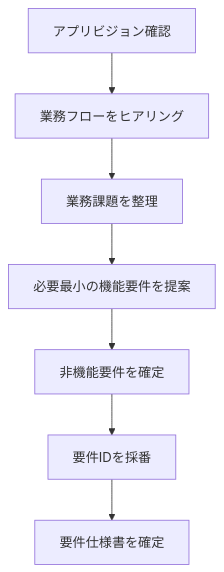
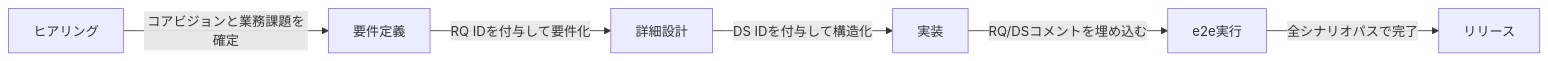
Before and after one commit to notfolder/qiita_article: the first of 4 diagrams in article_isdd_dialog_spec_dev.md, drawn with Mermaid. The commit also changed other lines of this file and 3 other files, not shown here.

````diff
--- a/article_isdd_dialog_spec_dev.md
+++ b/article_isdd_dialog_spec_dev.md
@@ -57,9 +58,8 @@
 ```mermaid
-flowchart TD
-    A[アプリビジョン確認] --> B[業務フローをヒアリング]
-    B --> C[業務課題を整理]
-    C --> D[必要最小の機能要件を提案]
-    D --> E[非機能要件を確定]
-    E --> F[要件IDを採番]
-    F --> G[要件仕様書を確定]
+flowchart LR
+    A[ヒアリング] -- コアビジョンと業務課題を確定 --> B[要件定義]
+    B -- RQ IDを付与して要件化 --> C[詳細設計]
+    C -- DS IDを付与して構造化 --> D[実装]
+    D -- RQ/DSコメントを埋め込む --> E[e2e実行]
+    E -- 全シナリオパスで完了 --> F[リリース]
 ```
````
